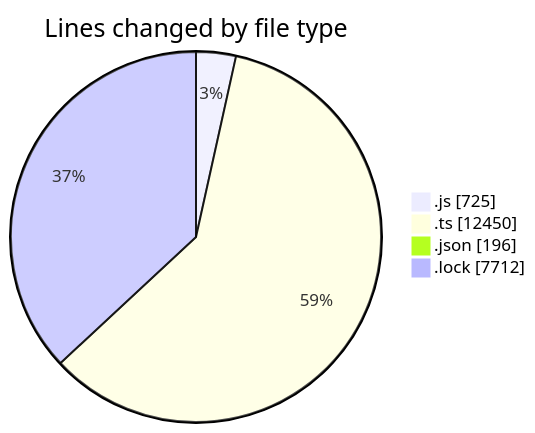
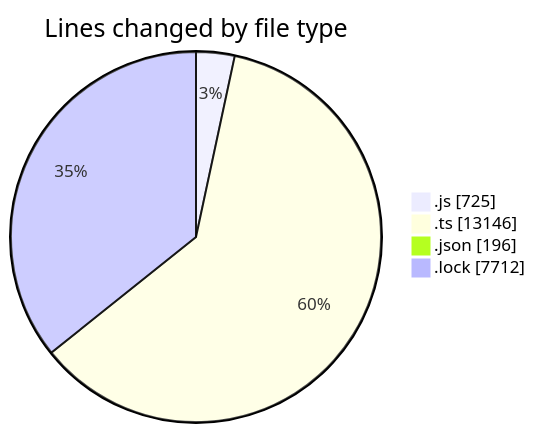
One commit to momahboobian/code-tracking changed the first of 2 diagrams in 2025-05-29/cda/README.md. Above: the diagram before and after it, drawn with Mermaid. The commit also changed other lines of this file and 1 other file, not shown here.

````diff
--- a/2025-05-29/cda/README.md
+++ b/2025-05-29/cda/README.md
@@ -35,8 +35,8 @@
 ```mermaid
 pie showData
 title Lines changed by file type
 ".js" : 725
-".ts" : 12450
+".ts" : 13146
 ".json" : 196
 ".lock" : 7712
 ```
````
